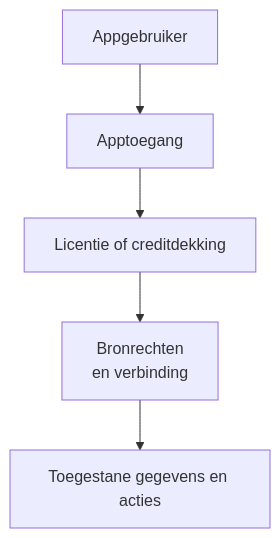
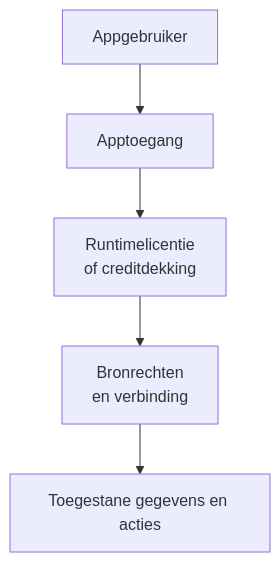
Before and after one commit to DwayneSelsig/M365wizard: the second of 2 diagrams in i18n/nl/docusaurus-plugin-content-docs/current/services/copilot/managed-apps.mdx, drawn with Mermaid. The commit also changed other lines of this file and 3 other files, not shown here.

````diff
--- a/i18n/nl/docusaurus-plugin-content-docs/current/services/copilot/managed-apps.mdx
+++ b/i18n/nl/docusaurus-plugin-content-docs/current/services/copilot/managed-apps.mdx
@@ -66,7 +58,7 @@
 ```mermaid
 flowchart TB
     User["Appgebruiker"] --> App["Apptoegang"]
-    App --> Runtime["Licentie of creditdekking"]
+    App --> Runtime["Runtimelicentie<br/>of creditdekking"]
     Runtime --> Source["Bronrechten<br/>en verbinding"]
     Source --> Data["Toegestane gegevens en acties"]
 ```
````
